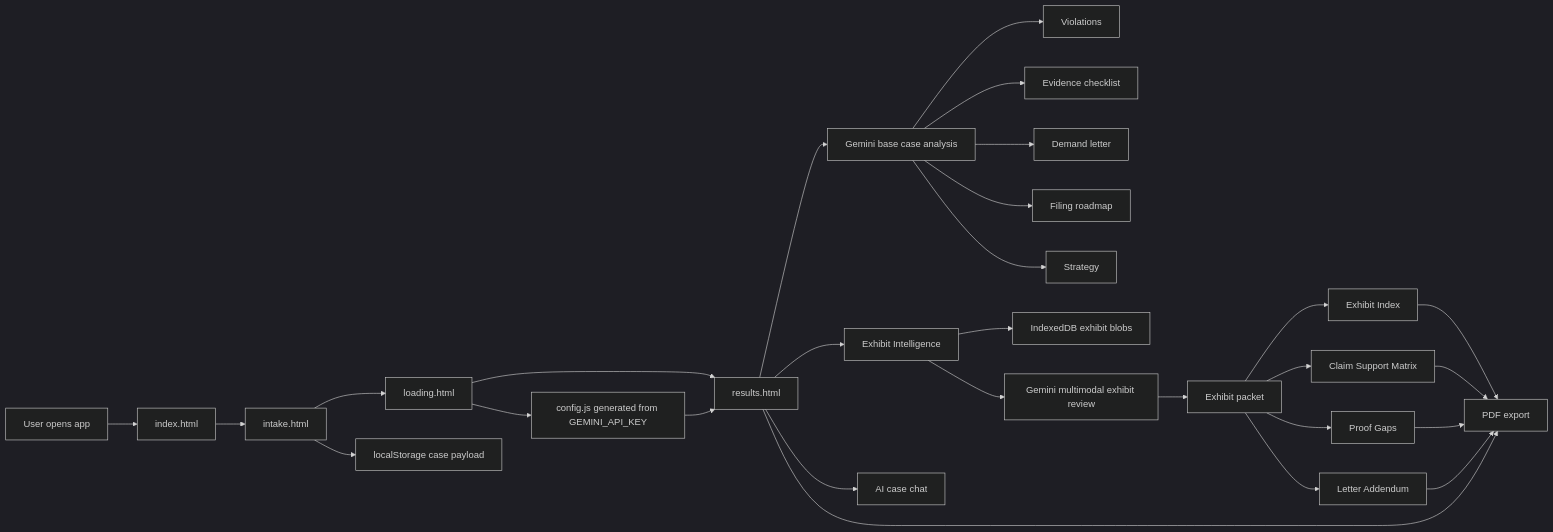
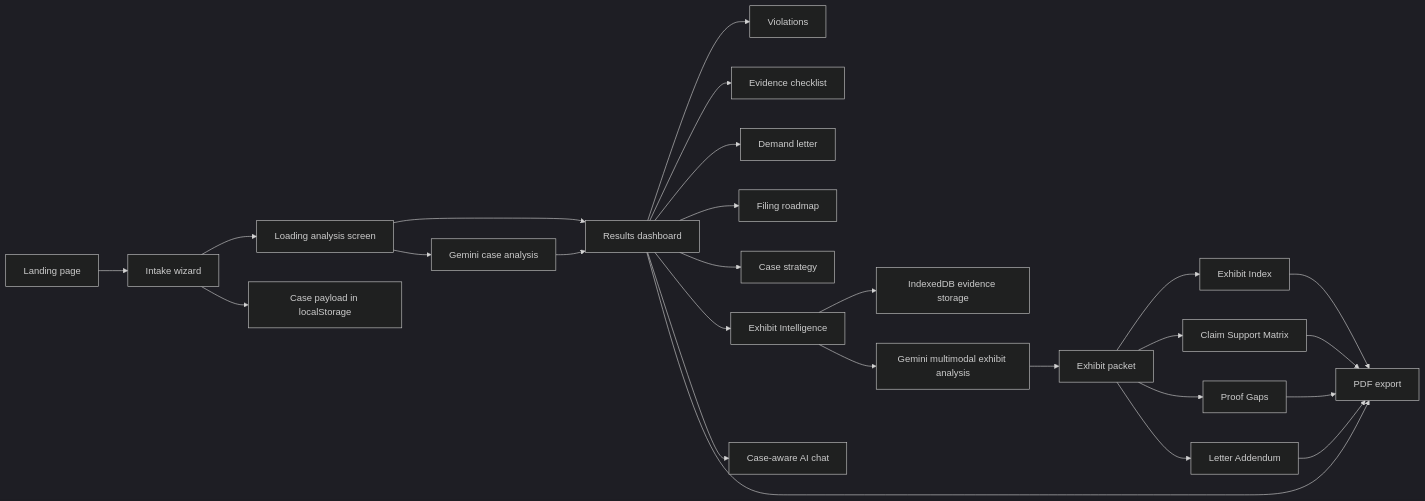
The second of 3 diagrams in README.md (Iceman-Dann/Evidence-Locker), drawn with Mermaid (dark theme) before and after one commit. The commit also changed other lines of this file, not shown here.

````diff
--- a/README.md
+++ b/README.md
@@ -86,35 +151,33 @@
 ```mermaid
 flowchart LR
-    A[User opens app] --> B[index.html]
-    B --> C[intake.html]
-    C --> D[loading.html]
-    D --> E[results.html]
+    A[Landing page] --> B[Intake wizard]
+    B --> C[Loading analysis screen]
+    C --> D[Results dashboard]
 
-    C --> F[localStorage case payload]
-    D --> G[config.js generated from GEMINI_API_KEY]
-    G --> E
+    B --> E[Case payload in localStorage]
+    C --> F[Gemini case analysis]
+    F --> D
 
-    E --> H[Gemini base case analysis]
-    E --> I[Exhibit Intelligence]
-    I --> J[IndexedDB exhibit blobs]
-    I --> K[Gemini multimodal exhibit review]
-    K --> L[Exhibit packet]
+    D --> G[Violations]
+    D --> H[Evidence checklist]
+    D --> I[Demand letter]
+    D --> J[Filing roadmap]
+    D --> K[Case strategy]
 
-    H --> M[Violations]
-    H --> N[Evidence checklist]
-    H --> O[Demand letter]
-    H --> P[Filing roadmap]
-    H --> Q[Strategy]
+    D --> L[Exhibit Intelligence]
+    L --> M[IndexedDB evidence storage]
+    L --> N[Gemini multimodal exhibit analysis]
+    N --> O[Exhibit packet]
 
-    L --> R[Exhibit Index]
-    L --> S[Claim Support Matrix]
-    L --> T[Proof Gaps]
-    L --> U[Letter Addendum]
+    O --> P[Exhibit Index]
+    O --> Q[Claim Support Matrix]
+    O --> R[Proof Gaps]
+    O --> S[Letter Addendum]
 
-    E --> V[AI case chat]
-    E --> W[PDF export]
-    R --> W
-    S --> W
-    T --> W
-    U --> W
+    D --> T[Case-aware AI chat]
+    D --> U[PDF export]
+    P --> U
+    Q --> U
+    R --> U
+    S --> U
 ```
````
